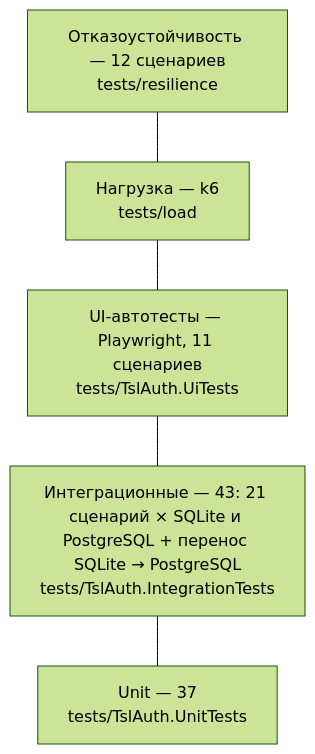
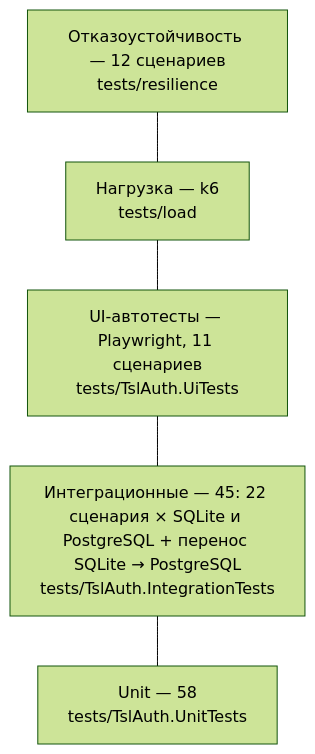
One commit to akprof2000/tsl-auth changed the diagram in docs/testing.md. Above: the diagram before and after it, drawn with Mermaid (forest theme). The commit also changed other lines of this file and 28 other files, not shown here.

````diff
--- a/docs/testing.md
+++ b/docs/testing.md
@@ -3,9 +3,9 @@
 ```mermaid
 flowchart TB
     R["Отказоустойчивость — 12 сценариев<br/>tests/resilience"]
     L["Нагрузка — k6<br/>tests/load"]
     UI["UI-автотесты — Playwright, 11 сценариев<br/>tests/TslAuth.UiTests"]
-    I["Интеграционные — 43: 21 сценарий × SQLite и PostgreSQL + перенос SQLite → PostgreSQL<br/>tests/TslAuth.IntegrationTests"]
-    U["Unit — 37<br/>tests/TslAuth.UnitTests"]
+    I["Интеграционные — 45: 22 сценария × SQLite и PostgreSQL + перенос SQLite → PostgreSQL<br/>tests/TslAuth.IntegrationTests"]
+    U["Unit — 58<br/>tests/TslAuth.UnitTests"]
     R --- L --- UI --- I --- U
 ```
````
